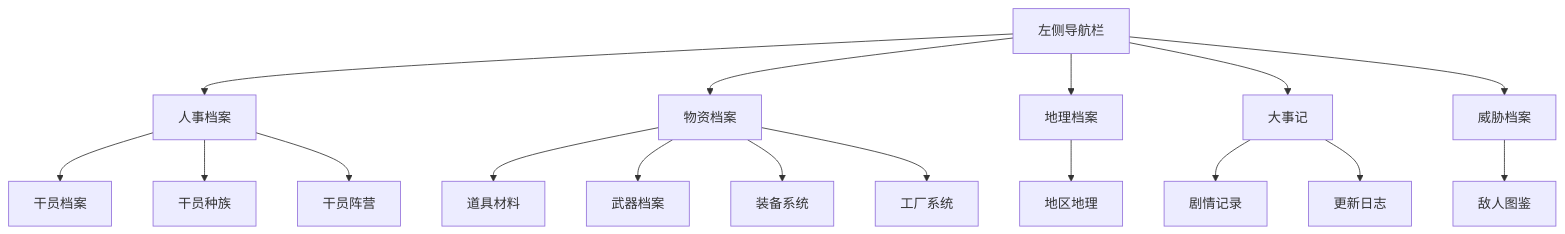
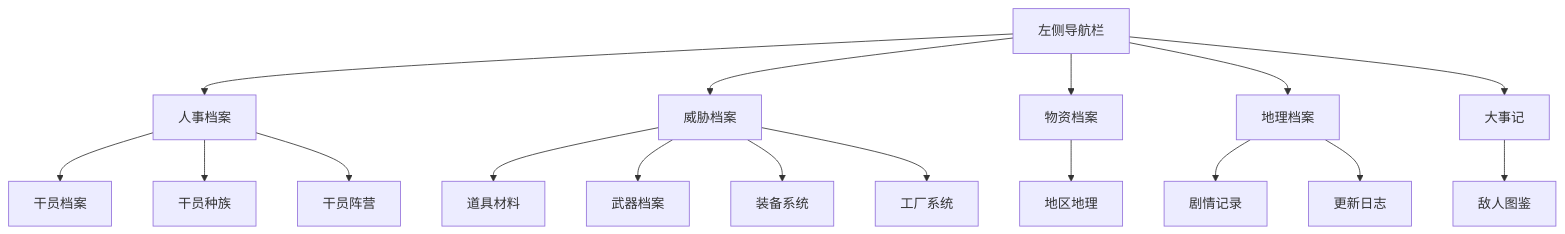
The diagram in docs/product/draft/20260719-sidebar-navigation-grouping.md (Deliay/hongshan-archives-bureau), drawn with Mermaid before and after one commit. The commit also changed other lines of this file and 5 other files, not shown here.

````diff
--- a/docs/product/draft/20260719-sidebar-navigation-grouping.md
+++ b/docs/product/draft/20260719-sidebar-navigation-grouping.md
@@ -119,24 +119,24 @@
 ```mermaid
 flowchart TD
     A[左侧导航栏] --> B[人事档案]
-    A --> C[物资档案]
-    A --> D[地理档案]
-    A --> E[大事记]
-    A --> F[威胁档案]
+    A --> C[威胁档案]
+    A --> D[物资档案]
+    A --> E[地理档案]
+    A --> F[大事记]
 
     B --> B1[干员档案]
     B --> B2[干员种族]
     B --> B3[干员阵营]
 
     C --> C1[道具材料]
     C --> C2[武器档案]
     C --> C3[装备系统]
     C --> C4[工厂系统]
 
     D --> D1[地区地理]
 
     E --> E1[剧情记录]
     E --> E2[更新日志]
 
     F --> F1[敌人图鉴]
 ```
````
